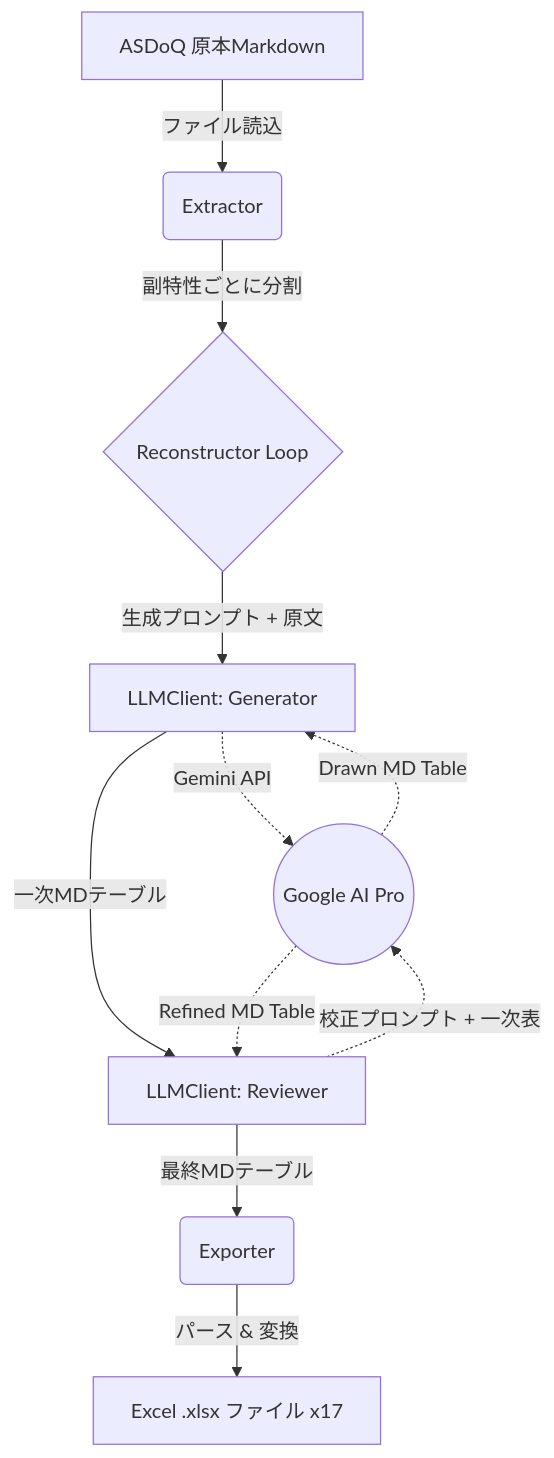
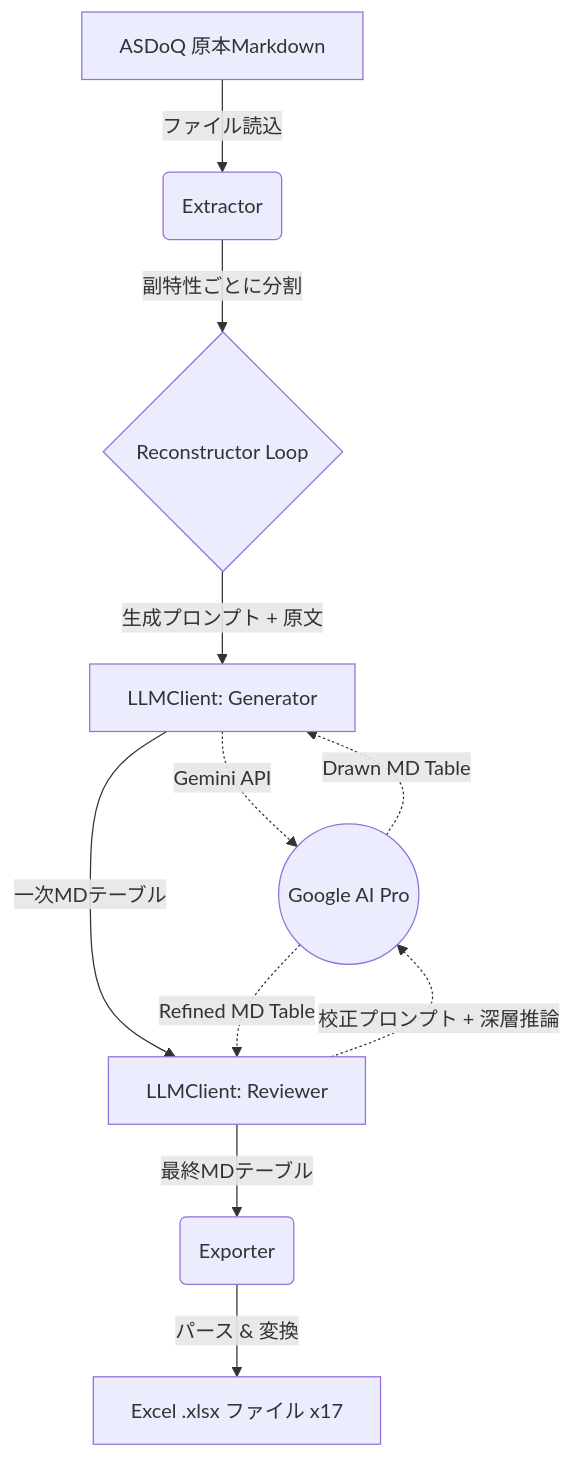
Before and after one commit to yamaPiT/RecoModel2ndChara: the diagram in doc/SW205_ソフトウェアアーキテクチャ設計書.md, drawn with Mermaid. The commit also changed other lines of this file and 104 other files, not shown here.

````diff
--- a/doc/SW205_ソフトウェアアーキテクチャ設計書.md
+++ b/doc/SW205_ソフトウェアアーキテクチャ設計書.md
@@ -22,13 +22,13 @@
 ```mermaid
 graph TD
     A[ASDoQ 原本Markdown] -->|ファイル読込| B(Extractor)
     B -->|副特性ごとに分割| C{Reconstructor Loop}
     C -->|生成プロンプト + 原文| D[LLMClient: Generator]
     D -.->|Gemini API| E((Google AI Pro))
     E -.->|Drawn MD Table| D
     D -->|一次MDテーブル| F[LLMClient: Reviewer]
-    F -.->|校正プロンプト + 一次表| E
+    F -.->|校正プロンプト + 深層推論| E
     E -.->|Refined MD Table| F
     F -->|最終MDテーブル| G(Exporter)
     G -->|パース & 変換| H[Excel .xlsx ファイル x17]
 ```
````
